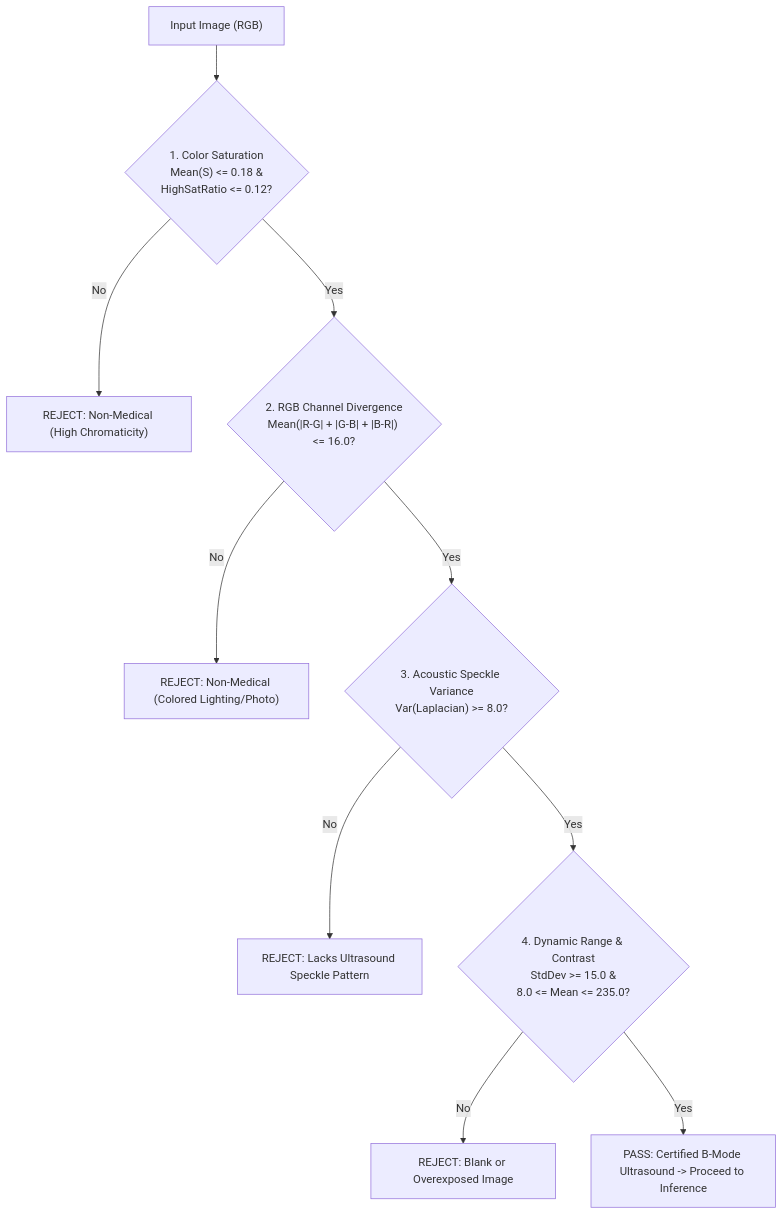
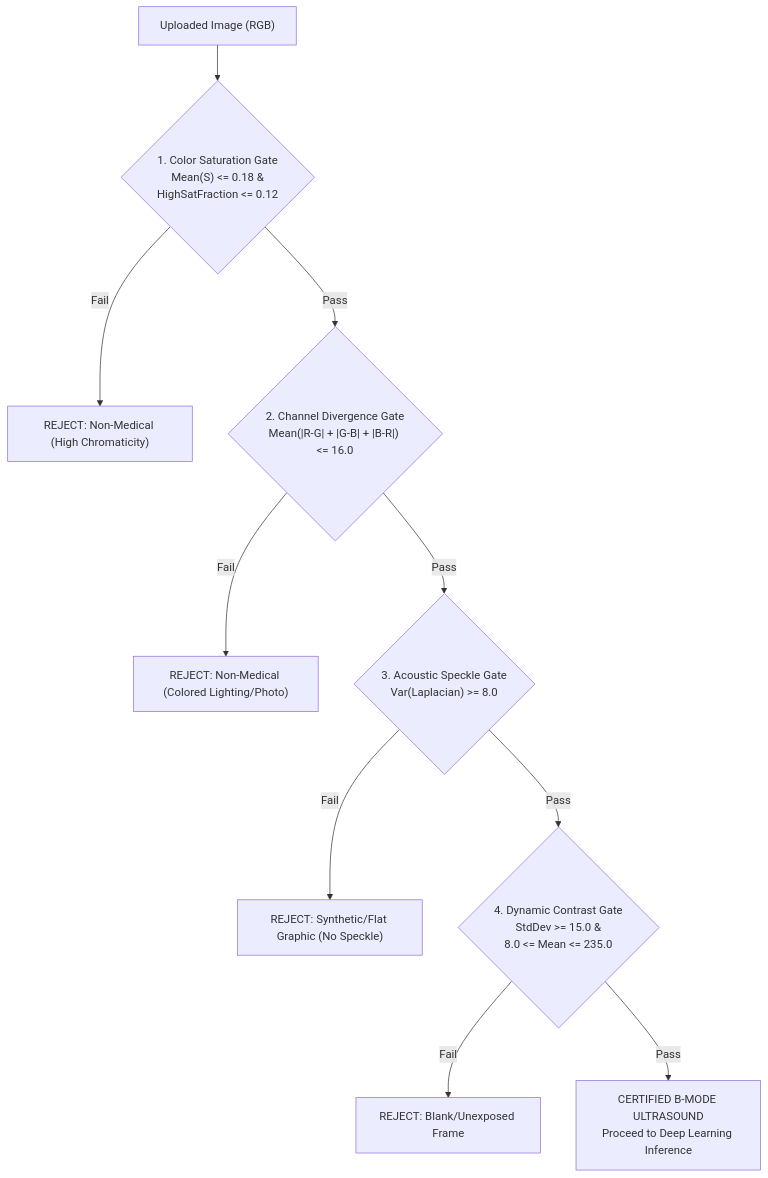
Before and after one commit to bappaditya-paul/kidney-stone-detection-aiml: the diagram in docs/PROJECT_DOCUMENTATION.md, drawn with Mermaid. The commit also changed other lines of this file, not shown here.

Commit message:
docs: refactor documentation with deep learning first principles, math formulas, and clinical edge cases

````diff
--- a/docs/PROJECT_DOCUMENTATION.md
+++ b/docs/PROJECT_DOCUMENTATION.md
@@ -182,12 +127,12 @@
 ```mermaid
 flowchart TD
-    Img["Input Image (RGB)"] --> SatCheck{"1. Color Saturation<br/>Mean(S) <= 0.18 &<br/>HighSatRatio <= 0.12?"}
-    SatCheck --"No"--> Rej1["REJECT: Non-Medical (High Chromaticity)"]
-    SatCheck --"Yes"--> DivCheck{"2. RGB Channel Divergence<br/>Mean(|R-G| + |G-B| + |B-R|) <= 16.0?"}
-    DivCheck --"No"--> Rej2["REJECT: Non-Medical (Colored Lighting/Photo)"]
-    DivCheck --"Yes"--> SpeckleCheck{"3. Acoustic Speckle Variance<br/>Var(Laplacian) >= 8.0?"}
-    SpeckleCheck --"No"--> Rej3["REJECT: Lacks Ultrasound Speckle Pattern"]
-    SpeckleCheck --"Yes"--> DynCheck{"4. Dynamic Range & Contrast<br/>StdDev >= 15.0 &<br/>8.0 <= Mean <= 235.0?"}
-    DynCheck --"No"--> Rej4["REJECT: Blank or Overexposed Image"]
-    DynCheck --"Yes"--> Pass["PASS: Certified B-Mode Ultrasound -> Proceed to Inference"]
+    Raw["Uploaded Image (RGB)"] --> Stage1{"1. Color Saturation Gate<br/>Mean(S) <= 0.18 &<br/>HighSatFraction <= 0.12"}
+    Stage1 --"Fail"--> Rej1["REJECT: Non-Medical (High Chromaticity)"]
+    Stage1 --"Pass"--> Stage2{"2. Channel Divergence Gate<br/>Mean(|R-G| + |G-B| + |B-R|) <= 16.0"}
+    Stage2 --"Fail"--> Rej2["REJECT: Non-Medical (Colored Lighting/Photo)"]
+    Stage2 --"Pass"--> Stage3{"3. Acoustic Speckle Gate<br/>Var(Laplacian) >= 8.0"}
+    Stage3 --"Fail"--> Rej3["REJECT: Synthetic/Flat Graphic (No Speckle)"]
+    Stage3 --"Pass"--> Stage4{"4. Dynamic Contrast Gate<br/>StdDev >= 15.0 &<br/>8.0 <= Mean <= 235.0"}
+    Stage4 --"Fail"--> Rej4["REJECT: Blank/Unexposed Frame"]
+    Stage4 --"Pass"--> Valid["CERTIFIED B-MODE ULTRASOUND<br/>Proceed to Deep Learning Inference"]
 ```
````
